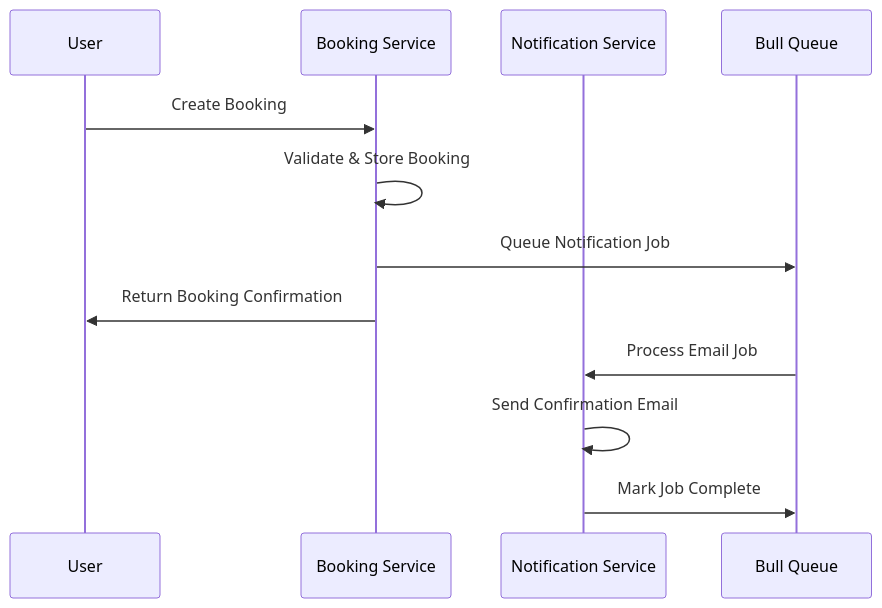
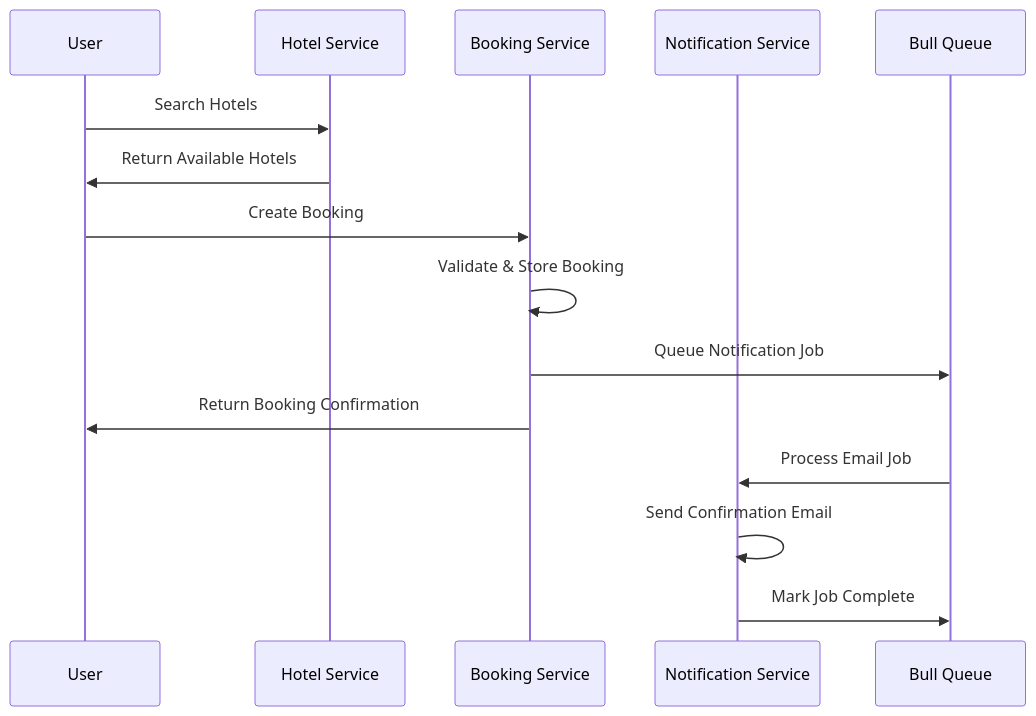
The second of 3 diagrams in README.md (Jyotishmoy12/airbnb-booking-backend), drawn with Mermaid before and after one commit. The commit also changed other lines of this file, not shown here.

````diff
--- a/README.md
+++ b/README.md
@@ -63,16 +69,20 @@
 ```mermaid
 sequenceDiagram
     participant U as User
+    participant HS as Hotel Service
     participant BS as Booking Service
     participant NS as Notification Service
     participant Q as Bull Queue
 
+    U->>HS: Search Hotels
+    HS->>U: Return Available Hotels
+    
     U->>BS: Create Booking
     BS->>BS: Validate & Store Booking
     BS->>Q: Queue Notification Job
     BS->>U: Return Booking Confirmation
     
     Q->>NS: Process Email Job
     NS->>NS: Send Confirmation Email
     NS->>Q: Mark Job Complete
 ```
````
